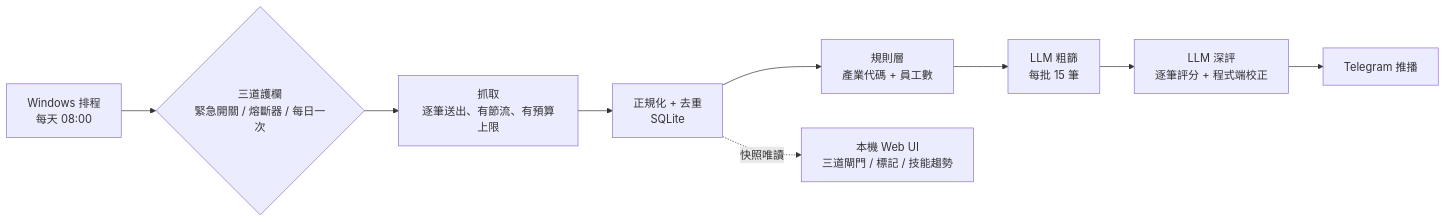
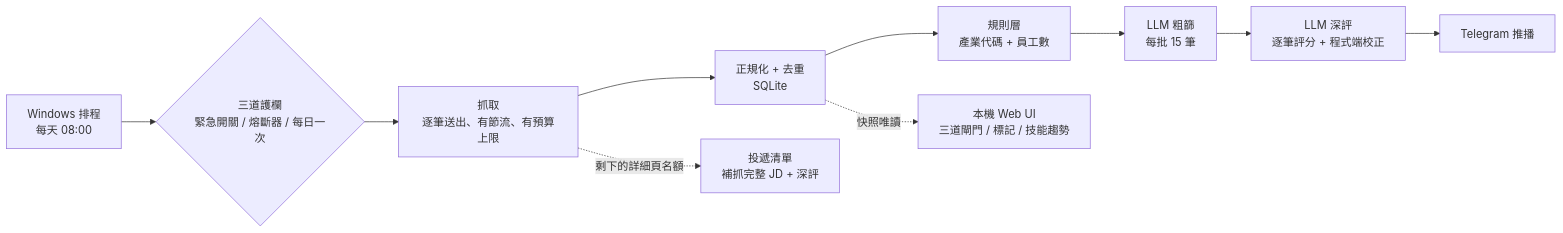
The diagram in README.md (yiyiscode/104-job-finder), drawn with Mermaid before and after one commit. The commit also changed other lines of this file, not shown here.

````diff
--- a/README.md
+++ b/README.md
@@ -39,11 +39,12 @@
 ```mermaid
 flowchart LR
     A[Windows 排程<br/>每天 08:00] --> B{三道護欄<br/>緊急開關 / 熔斷器 / 每日一次}
     B --> C[抓取<br/>逐筆送出、有節流、有預算上限]
     C --> D[正規化 + 去重<br/>SQLite]
     D --> E[規則層<br/>產業代碼 + 員工數]
     E --> F[LLM 粗篩<br/>每批 15 筆]
     F --> G[LLM 深評<br/>逐筆評分 + 程式端校正]
     G --> H[Telegram 推播]
+    C -.剩下的詳細頁名額.-> SL[投遞清單<br/>補抓完整 JD + 深評]
     D -.快照唯讀.-> UI[本機 Web UI<br/>三道閘門 / 標記 / 技能趨勢]
 ```
````
